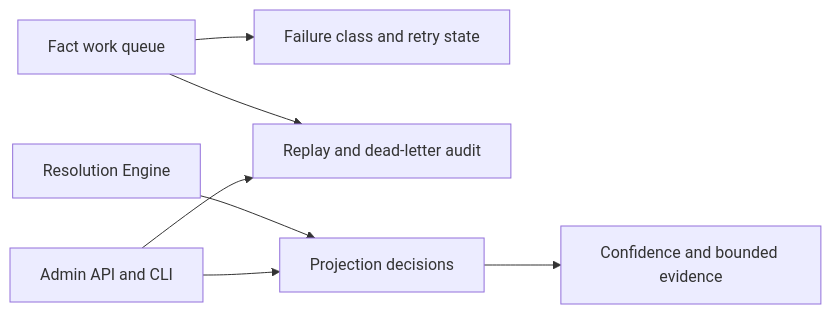
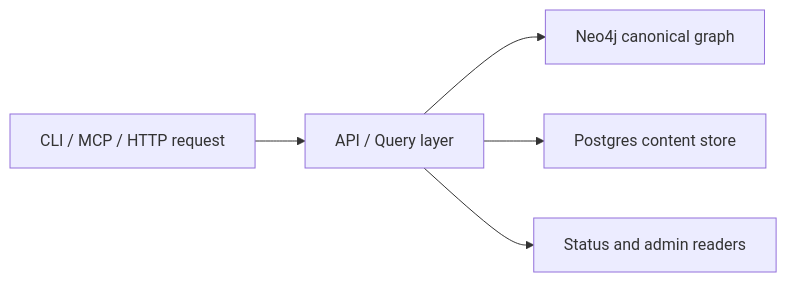
The third of 3 diagrams in docs/docs/architecture.md (platformcontext/platform-context-graph), drawn with Mermaid before and after one commit. The commit also changed other lines of this file and 32 other files, not shown here.

Commit message:
docs: replace historical records with current architecture

````diff
--- a/docs/docs/architecture.md
+++ b/docs/docs/architecture.md
@@ -510,9 +170,7 @@
 ```mermaid
 flowchart LR
-  A["Fact work queue"] --> B["Failure class and retry state"]
-  A --> C["Replay and dead-letter audit"]
-  D["Resolution Engine"] --> E["Projection decisions"]
-  E --> F["Confidence and bounded evidence"]
-  G["Admin API and CLI"] --> C
-  G --> E
+  A["CLI / MCP / HTTP request"] --> B["API / Query layer"]
+  B --> C["Neo4j canonical graph"]
+  B --> D["Postgres content store"]
+  B --> E["Status and admin readers"]
 ```
````
